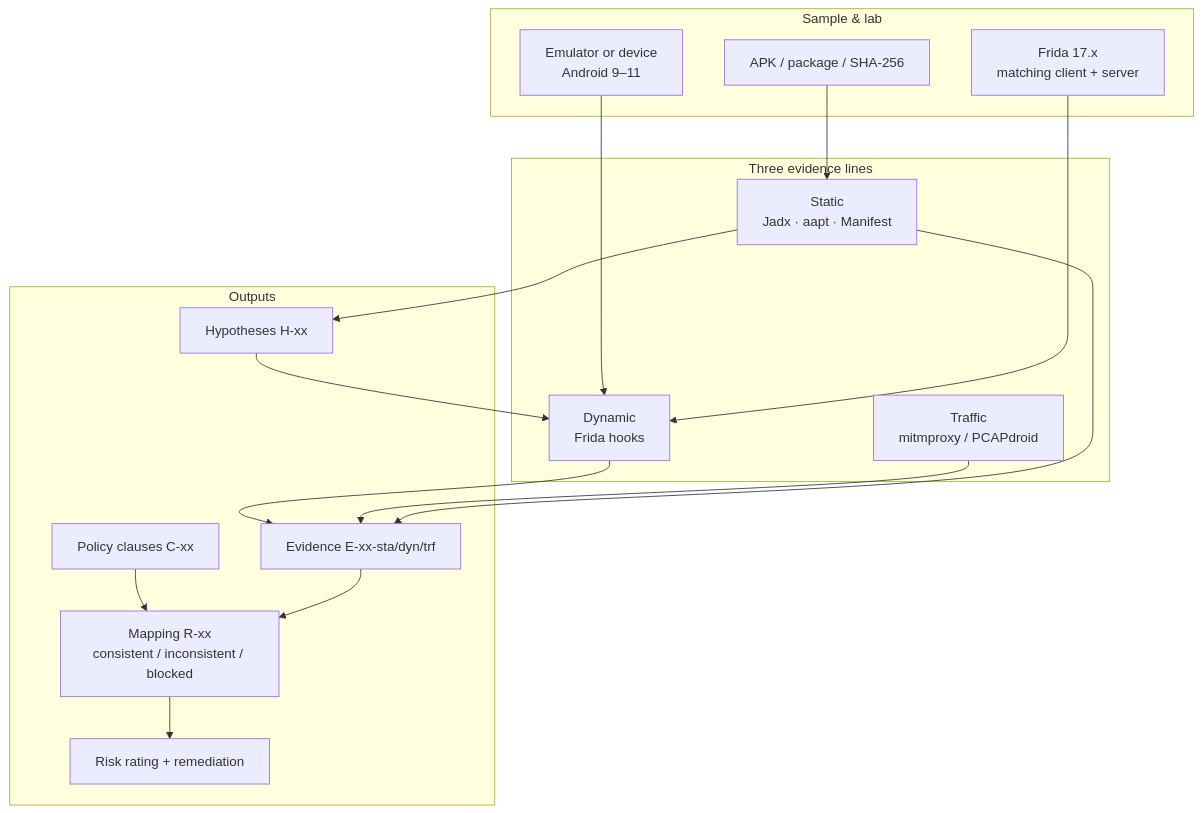
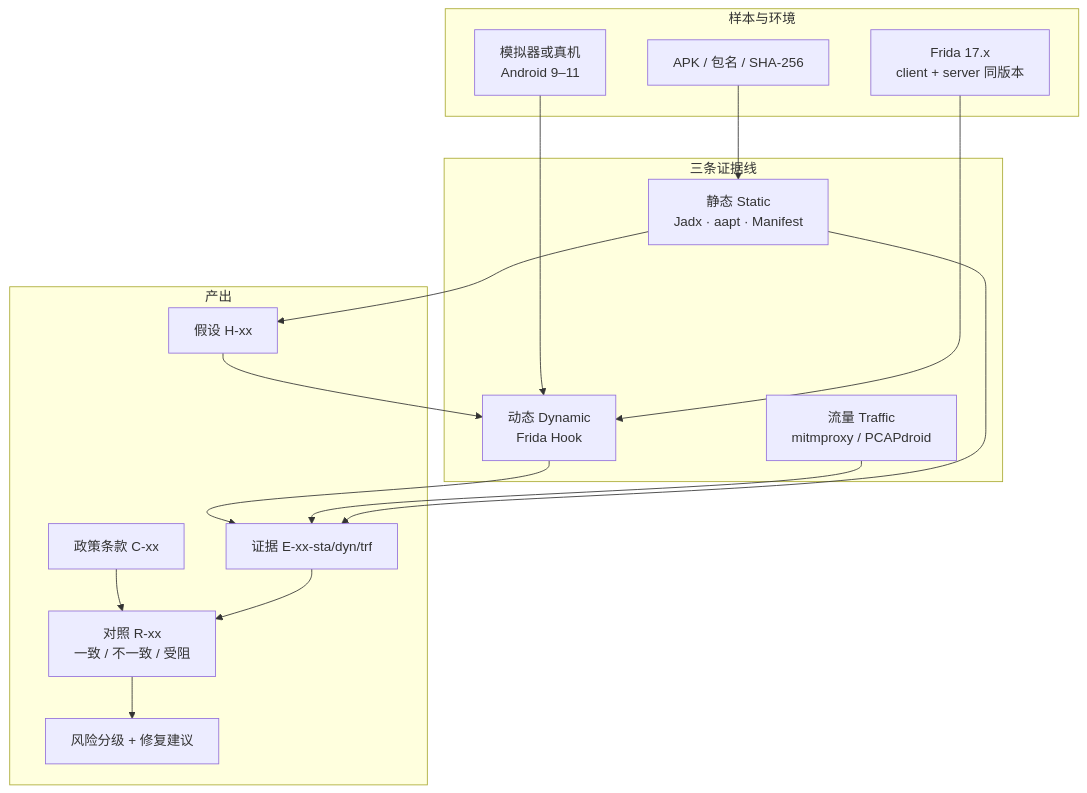
Before and after one commit to ConradLu2740/app-privacy-audit: the second of 5 diagrams in README.md, drawn with Mermaid. The commit also changed other lines of this file and 4 other files, not shown here.

````diff
--- a/README.md
+++ b/README.md
@@ -55,34 +97,34 @@
 ```mermaid
 flowchart TB
-  subgraph Input["Sample & lab"]
-    APK["APK / package / SHA-256"]
-    EMU["Emulator or device<br/>Android 9–11"]
-    FR["Frida 17.x<br/>matching client + server"]
+  subgraph Input["样本与环境"]
+    APK["APK / 包名 / SHA-256"]
+    EMU["模拟器或真机<br/>Android 9–11"]
+    FR["Frida 17.x<br/>client + server 同版本"]
   end
 
-  subgraph Lines["Three evidence lines"]
-    ST["Static<br/>Jadx · aapt · Manifest"]
-    DY["Dynamic<br/>Frida hooks"]
-    TF["Traffic<br/>mitmproxy / PCAPdroid"]
+  subgraph Lines["三条证据线"]
+    ST["静态 Static<br/>Jadx · aapt · Manifest"]
+    DY["动态 Dynamic<br/>Frida Hook"]
+    TF["流量 Traffic<br/>mitmproxy / PCAPdroid"]
   end
 
-  subgraph Out["Outputs"]
-    H["Hypotheses H-xx"]
-    E["Evidence E-xx-sta/dyn/trf"]
-    C["Policy clauses C-xx"]
-    R["Mapping R-xx<br/>consistent / inconsistent / blocked"]
-    FIX["Risk rating + remediation"]
+  subgraph Out["产出"]
+    H["假设 H-xx"]
+    E["证据 E-xx-sta/dyn/trf"]
+    C["政策条款 C-xx"]
+    R["对照 R-xx<br/>一致 / 不一致 / 受阻"]
+    FIX["风险分级 + 修复建议"]
   end
 
   APK --> ST
   EMU --> DY
   FR --> DY
   ST --> H
   H --> DY
   DY --> E
   TF --> E
   ST --> E
   C --> R
   E --> R
   R --> FIX
 ```
````
